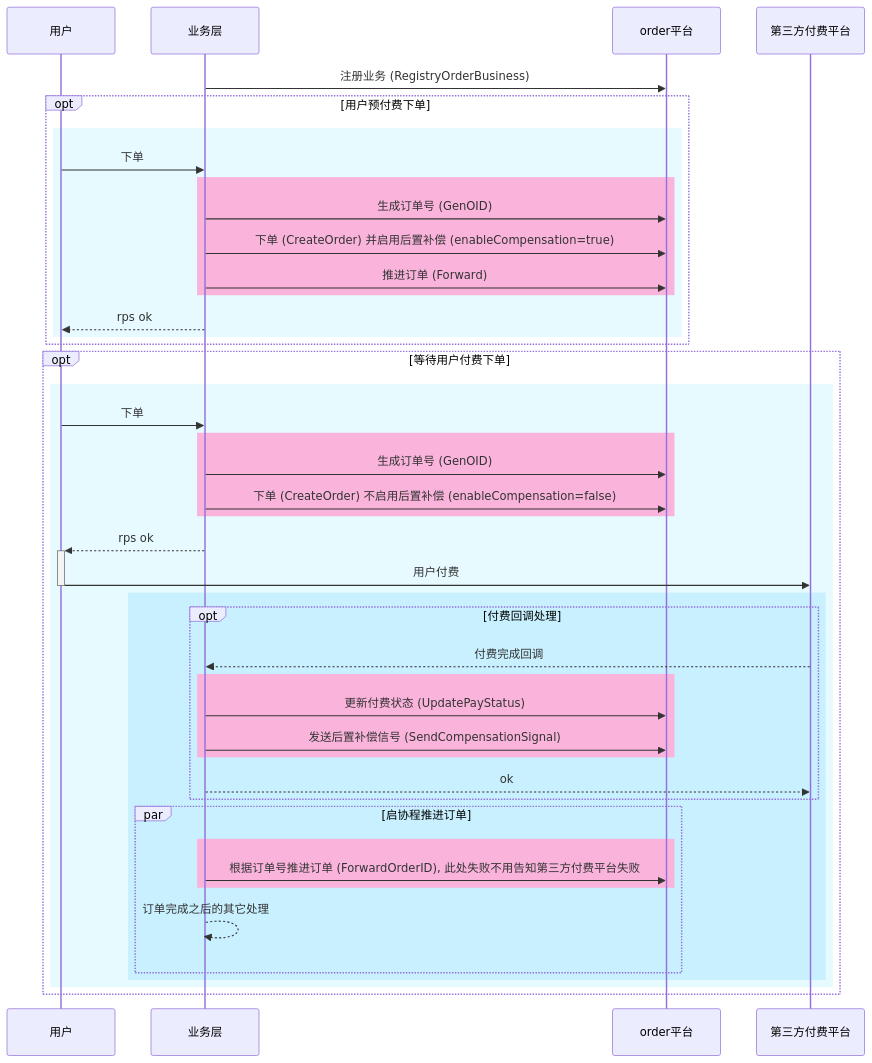
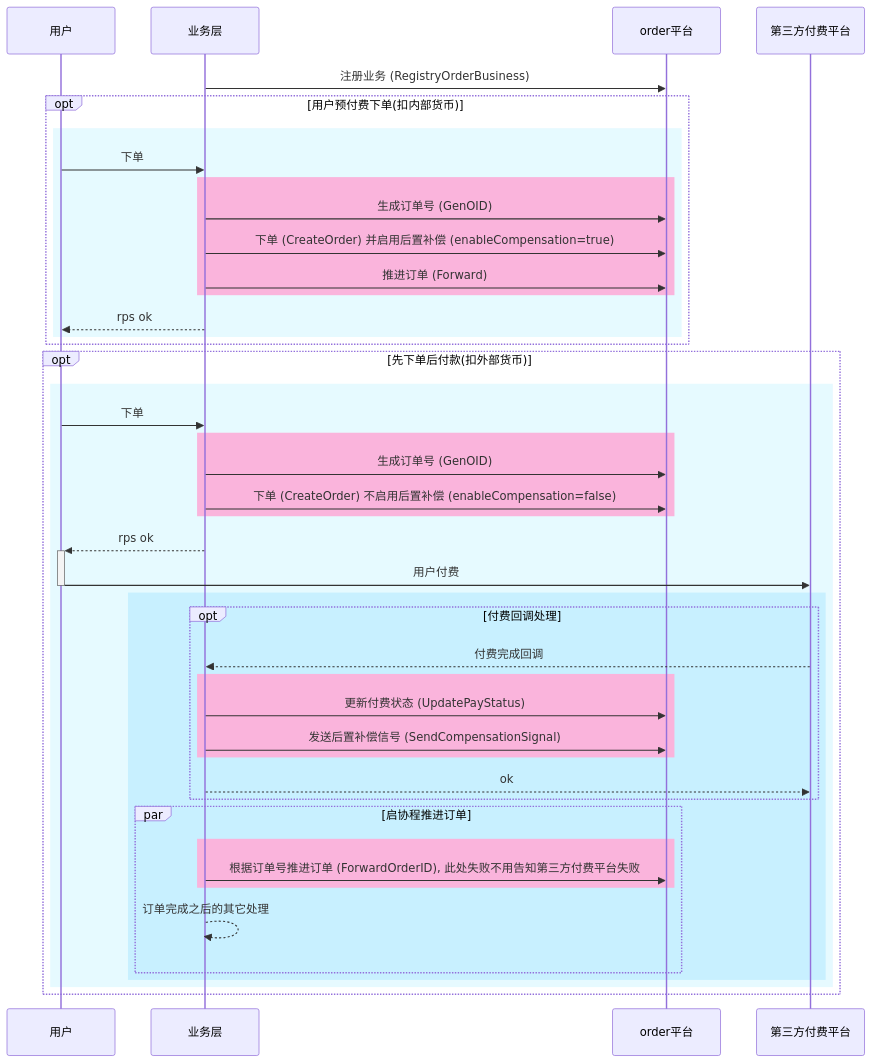
One commit to zlyuancn/order changed the first of 2 diagrams in readme.md. Above: the diagram before and after it, drawn with Mermaid. The commit also changed other lines of this file, not shown here.

````diff
--- a/readme.md
+++ b/readme.md
@@ -70,53 +70,53 @@
 ```mermaid
 sequenceDiagram
 participant u as 用户
 participant a as 业务层
 participant b as order平台
 participant f as 第三方付费平台
 
 a ->> b: 注册业务 (RegistryOrderBusiness)
 
-opt 用户预付费下单
+opt 用户预付费下单(扣内部货币)
 rect rgb(230, 250, 255)
 u ->> a: 下单
     rect rgb(250, 180, 220)
     a ->> b: 生成订单号 (GenOID)
     a ->> b: 下单 (CreateOrder) 并启用后置补偿 (enableCompensation=true)
     a ->> b: 推进订单 (Forward)
     end
 a -->> u: rps ok
 end
 end
 
-opt 等待用户付费下单
+opt 先下单后付款(扣外部货币)
 rect rgb(230, 250, 255)
 u ->> a: 下单
     rect rgb(250, 180, 220)
     a ->> b: 生成订单号 (GenOID)
     a ->> b: 下单 (CreateOrder) 不启用后置补偿 (enableCompensation=false)
     end
 a -->>+ u: rps ok
 
 u ->>- f: 用户付费
 
 rect rgb(200, 240, 255)
 opt 付费回调处理
 f -->> a: 付费完成回调
     rect rgb(250, 180, 220)
     a ->> b: 更新付费状态 (UpdatePayStatus)
     a ->> b: 发送后置补偿信号 (SendCompensationSignal)
     end
 a -->> f: ok
 end
 
 par 启协程推进订单
     rect rgb(250, 180, 220)
     a ->> b: 根据订单号推进订单 (ForwardOrderID), 此处失败不用告知第三方付费平台失败
     end
 a -->> a: 订单完成之后的其它处理
 end
 end
 
 end
 end
 ```
````
